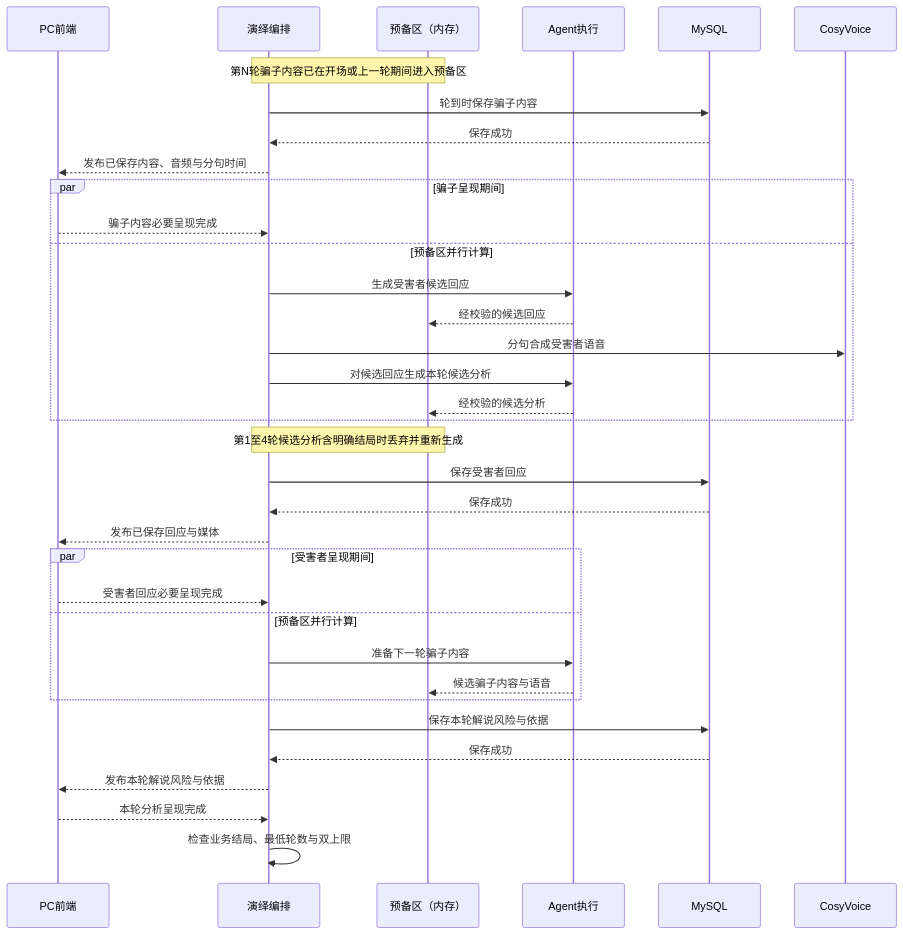
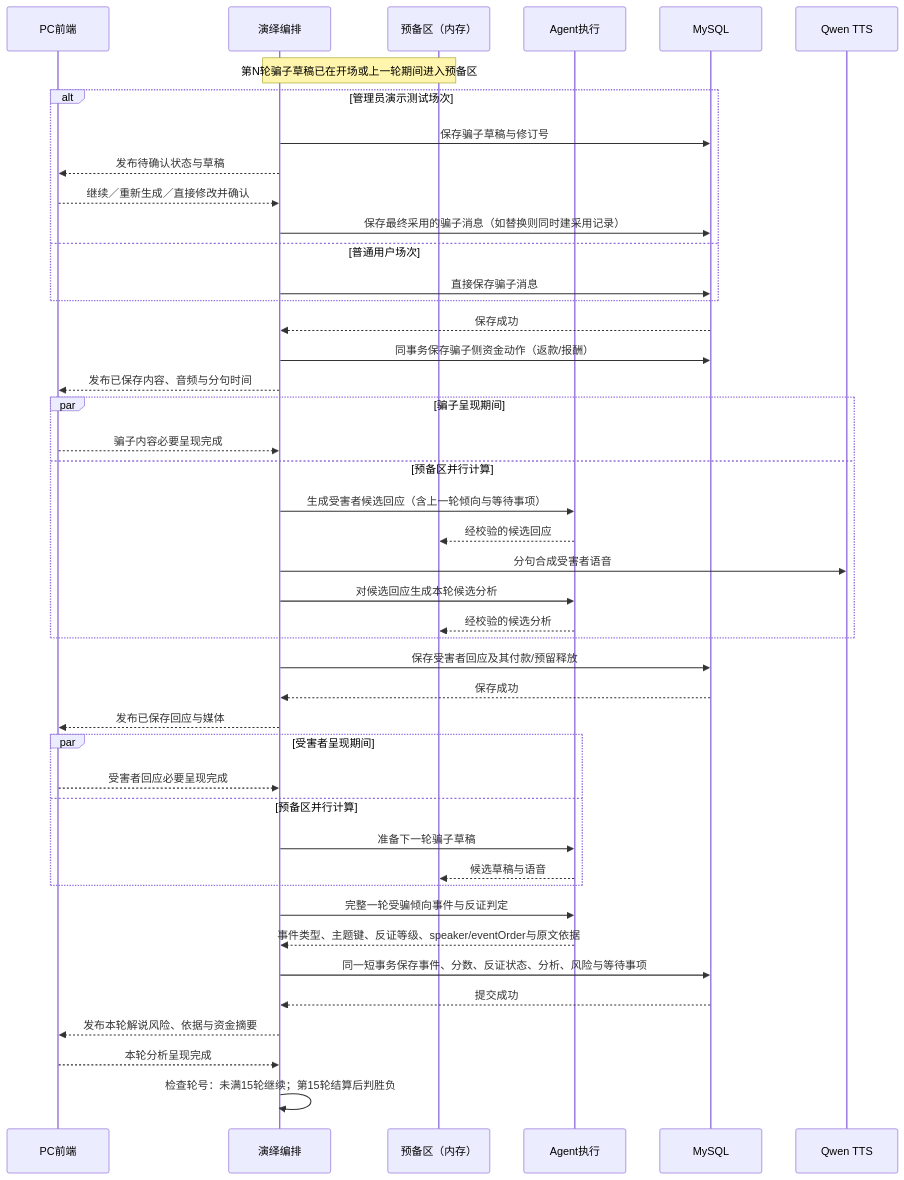
One commit to CARL-zhou7/AI-anti-scrm-new changed the second of 4 diagrams in docs/AI反诈情景推演平台_系统架构设计文档_V1_1.md. Above: the diagram before and after it, drawn with Mermaid. The commit also changed other lines of this file and 131 other files, not shown here.

````diff
--- a/docs/AI反诈情景推演平台_系统架构设计文档_V1_1.md
+++ b/docs/AI反诈情景推演平台_系统架构设计文档_V1_1.md
@@ -371,38 +497,47 @@
 ```mermaid
 sequenceDiagram
     participant UI as PC前端
     participant O as 演绎编排
     participant P as 预备区（内存）
     participant A as Agent执行
     participant D as MySQL
-    participant T as CosyVoice
+    participant T as Qwen TTS
 
-    Note over O,P: 第N轮骗子内容已在开场或上一轮期间进入预备区
-    O->>D: 轮到时保存骗子内容
+    Note over O,P: 第N轮骗子草稿已在开场或上一轮期间进入预备区
+    alt 管理员演示测试场次
+        O->>D: 保存骗子草稿与修订号
+        O-->>UI: 发布待确认状态与草稿
+        UI-->>O: 继续／重新生成／直接修改并确认
+        O->>D: 保存最终采用的骗子消息（如替换则同时建采用记录）
+    else 普通用户场次
+        O->>D: 直接保存骗子消息
+    end
     D-->>O: 保存成功
+    O->>D: 同事务保存骗子侧资金动作（返款/报酬）
     O-->>UI: 发布已保存内容、音频与分句时间
     par 骗子呈现期间
         UI-->>O: 骗子内容必要呈现完成
     and 预备区并行计算
-        O->>A: 生成受害者候选回应
+        O->>A: 生成受害者候选回应（含上一轮倾向与等待事项）
         A-->>P: 经校验的候选回应
         O->>T: 分句合成受害者语音
         O->>A: 对候选回应生成本轮候选分析
         A-->>P: 经校验的候选分析
     end
-    Note over O,P: 第1至4轮候选分析含明确结局时丢弃并重新生成
-    O->>D: 保存受害者回应
+    O->>D: 保存受害者回应及其付款/预留释放
     D-->>O: 保存成功
     O-->>UI: 发布已保存回应与媒体
     par 受害者呈现期间
         UI-->>O: 受害者回应必要呈现完成
     and 预备区并行计算
-        O->>A: 准备下一轮骗子内容
-        A-->>P: 候选骗子内容与语音
+        O->>A: 准备下一轮骗子草稿
+        A-->>P: 候选草稿与语音
     end
-    O->>D: 保存本轮解说风险与依据
-    D-->>O: 保存成功
-    O-->>UI: 发布本轮解说风险与依据
+    O->>A: 完整一轮受骗倾向事件与反证判定
+    A-->>O: 事件类型、主题键、反证等级、speaker/eventOrder与原文依据
+    O->>D: 同一短事务保存事件、分数、反证状态、分析、风险与等待事项
+    D-->>O: 提交成功
+    O-->>UI: 发布本轮解说风险、依据与资金摘要
     UI-->>O: 本轮分析呈现完成
-    O->>O: 检查业务结局、最低轮数与双上限
+    O->>O: 检查轮号：未满15轮继续；第15轮结算后判胜负
 ```
````
